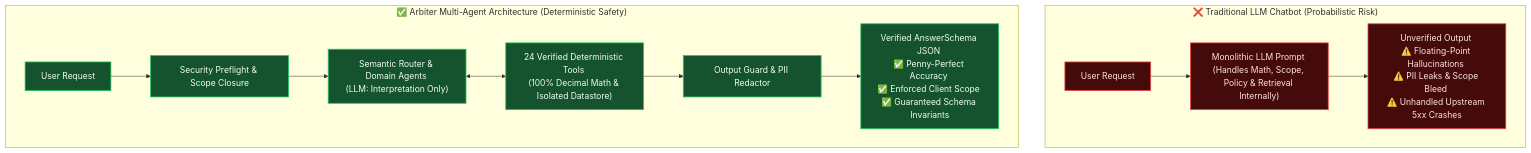
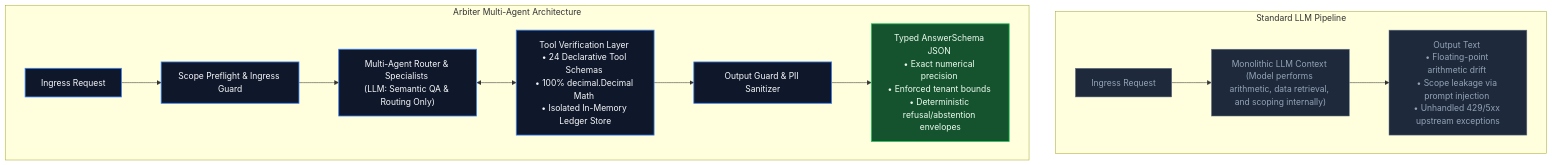
One commit to suyash639/Arbiter- changed the second of 9 diagrams in README.md. Above: the diagram before and after it, drawn with Mermaid. The commit also changed other lines of this file, not shown here.

Commit message:
docs: clean up architecture comparison table and diagram in Section 3

````diff
--- a/README.md
+++ b/README.md
@@ -119,22 +119,23 @@
 ```mermaid
 flowchart TD
-    classDef badStyle fill:#450a0a,stroke:#ef4444,stroke-width:1.5px,color:#fee2e2;
-    classDef goodStyle fill:#14532d,stroke:#22c55e,stroke-width:1.5px,color:#f0fdf4;
-    classDef neutralStyle fill:#1e293b,stroke:#64748b,stroke-width:1.5px,color:#f8fafc;
+    classDef unmanagedStyle fill:#1e293b,stroke:#64748b,stroke-width:1px,color:#94a3b8;
+    classDef managedStyle fill:#0f172a,stroke:#3b82f6,stroke-width:1.5px,color:#f8fafc;
+    classDef coreStyle fill:#14532d,stroke:#22c55e,stroke-width:1.5px,color:#f0fdf4;
 
-    subgraph TRADITIONAL [" ❌ Traditional LLM Chatbot (Probabilistic Risk) "]
-        U1[" User Request "] --> LLM1[" Monolithic LLM Prompt <br/>(Handles Math, Scope, Policy & Retrieval Internally) "]
-        LLM1 --> OUT1[" Unverified Output <br/>⚠️ Floating-Point Hallucinations <br/>⚠️ PII Leaks & Scope Bleed <br/>⚠️ Unhandled Upstream 5xx Crashes "]
+    subgraph UNMANAGED [" Standard LLM Pipeline "]
+        R1[" Ingress Request "] --> LLM_MONO[" Monolithic LLM Context <br/>(Model performs arithmetic, data retrieval, and scoping internally) "]
+        LLM_MONO --> OUT_MONO[" Output Text <br/>• Floating-point arithmetic drift <br/>• Scope leakage via prompt injection <br/>• Unhandled 429/5xx upstream exceptions "]
     end
 
-    subgraph ARBITER_MODEL [" ✅ Arbiter Multi-Agent Architecture (Deterministic Safety) "]
-        U2[" User Request "] --> SEC[" Security Preflight & Scope Closure "]
-        SEC --> ROUTER_NODE[" Semantic Router & Domain Agents <br/>(LLM: Interpretation Only) "]
-        ROUTER_NODE <--> TOOLS[" 24 Verified Deterministic Tools <br/>(100% Decimal Math & Isolated Datastore) "]
-        TOOLS --> SANITIZER[" Output Guard & PII Redactor "]
-        SANITIZER --> OUT2[" Verified AnswerSchema JSON <br/>✅ Penny-Perfect Accuracy <br/>✅ Enforced Client Scope <br/>✅ Guaranteed Schema Invariants "]
+    subgraph MANAGED [" Arbiter Multi-Agent Architecture "]
+        R2[" Ingress Request "] --> PRE[" Scope Preflight & Ingress Guard "]
+        PRE --> AGENT_TIER[" Multi-Agent Router & Specialists <br/>(LLM: Semantic QA & Routing Only) "]
+        AGENT_TIER <--> TOOL_TIER[" Tool Verification Layer <br/>• 24 Declarative Tool Schemas <br/>• 100% decimal.Decimal Math <br/>• Isolated In-Memory Ledger Store "]
+        TOOL_TIER --> SANITIZE[" Output Guard & PII Sanitizer "]
+        SANITIZE --> OUT_TYPED[" Typed AnswerSchema JSON <br/>• Exact numerical precision <br/>• Enforced tenant bounds <br/>• Deterministic refusal/abstention envelopes "]
     end
 
-    class U1,LLM1,OUT1 badStyle;
-    class U2,SEC,ROUTER_NODE,TOOLS,SANITIZER,OUT2 goodStyle;
+    class R1,LLM_MONO,OUT_MONO unmanagedStyle;
+    class R2,PRE,AGENT_TIER,TOOL_TIER,SANITIZE managedStyle;
+    class OUT_TYPED coreStyle;
 ```
````
